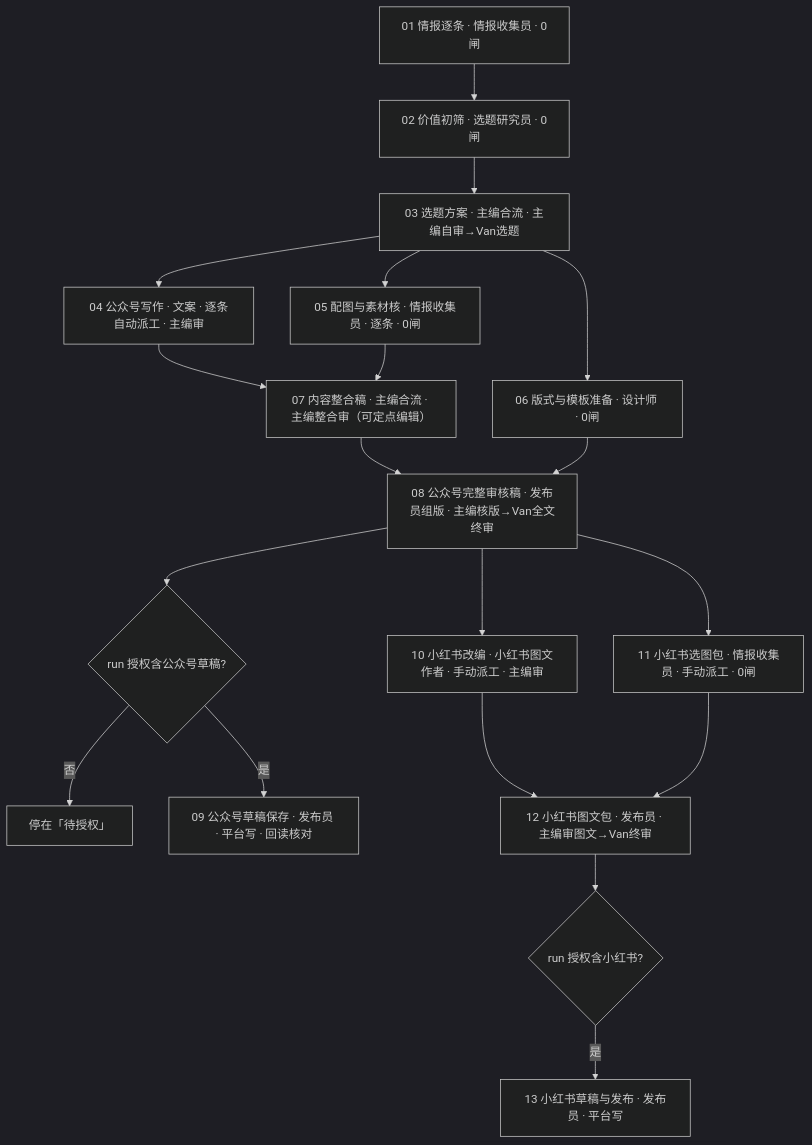
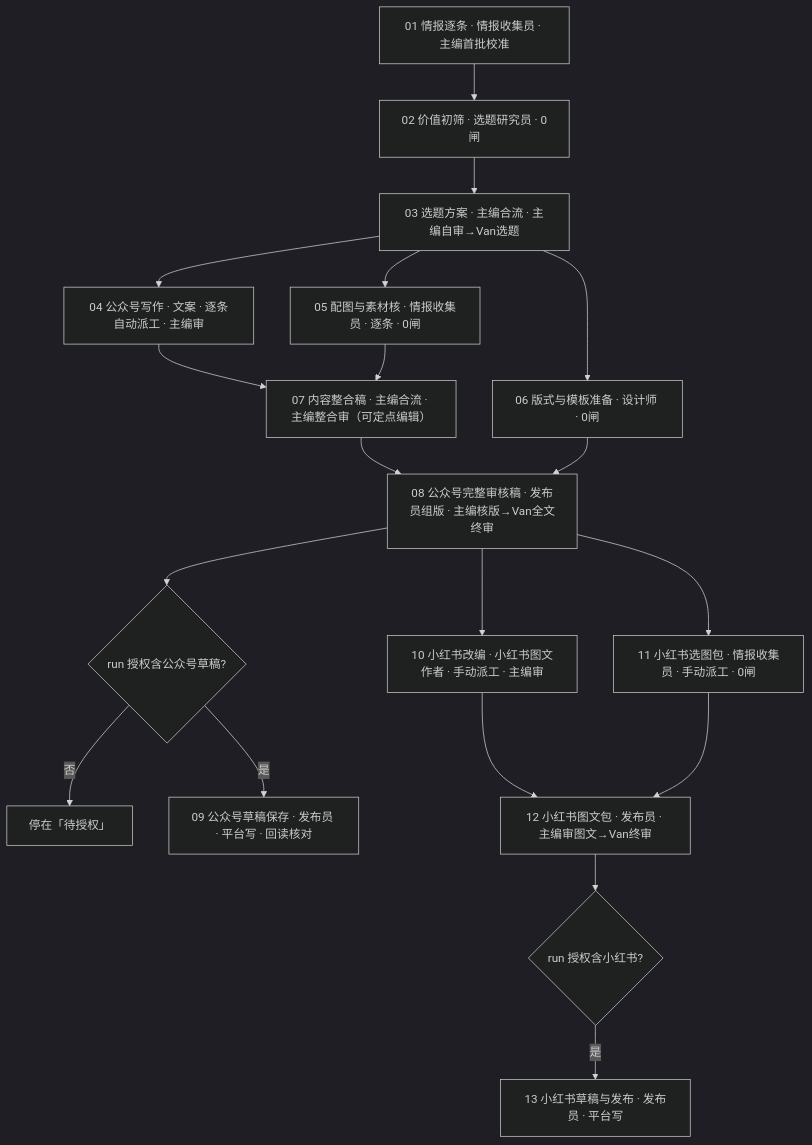
Before and after one commit to azure1489/csw-agent-team: the diagram in docs/资讯日更_全流程.md, drawn with Mermaid (dark theme). The commit also changed other lines of this file and 73 other files, not shown here.

````diff
--- a/docs/资讯日更_全流程.md
+++ b/docs/资讯日更_全流程.md
@@ -44,21 +45,21 @@
 ```mermaid
 flowchart TD
-  A[01 情报逐条 · 情报收集员 · 0闸] --> B[02 价值初筛 · 选题研究员 · 0闸]
+  A[01 情报逐条 · 情报收集员 · 主编首批校准] --> B[02 价值初筛 · 选题研究员 · 0闸]
   B --> C[03 选题方案 · 主编合流 · 主编自审→Van选题]
   C --> D[04 公众号写作 · 文案 · 逐条自动派工 · 主编审]
   C --> E[05 配图与素材核 · 情报收集员 · 逐条 · 0闸]
   C --> F[06 版式与模板准备 · 设计师 · 0闸]
   D --> G[07 内容整合稿 · 主编合流 · 主编整合审（可定点编辑）]
   E --> G
   G --> H[08 公众号完整审核稿 · 发布员组版 · 主编核版→Van全文终审]
   F --> H
   H --> I{run 授权含公众号草稿?}
   I -->|否| I0[停在「待授权」]
   I -->|是| J[09 公众号草稿保存 · 发布员 · 平台写 · 回读核对]
   H --> K[10 小红书改编 · 小红书图文作者 · 手动派工 · 主编审]
   H --> L[11 小红书选图包 · 情报收集员 · 手动派工 · 0闸]
   K --> M[12 小红书图文包 · 发布员 · 主编审图文→Van终审]
   L --> M
   M --> N{run 授权含小红书?}
   N -->|是| O[13 小红书草稿与发布 · 发布员 · 平台写]
 ```
````
